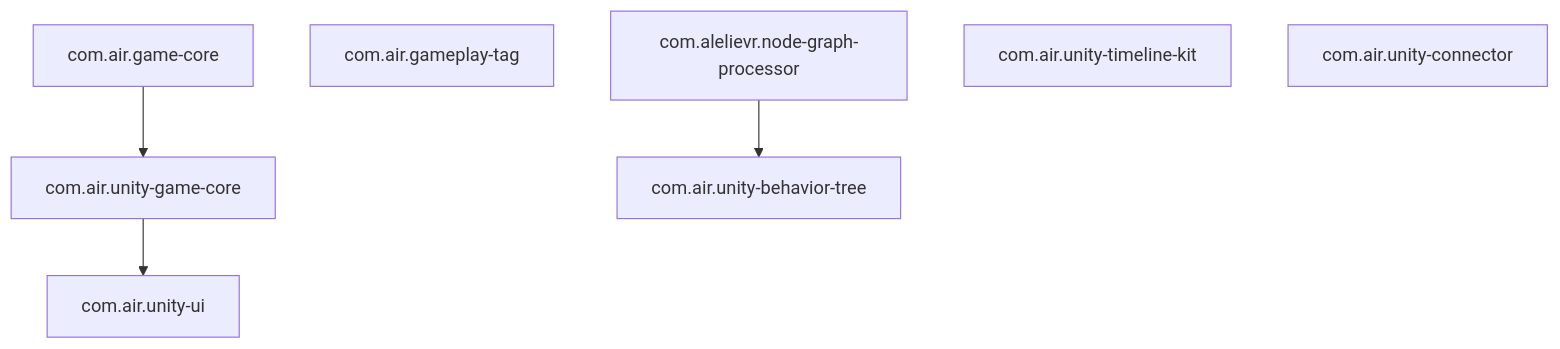
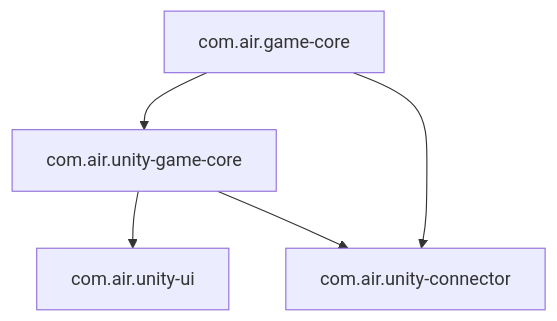
The diagram in docs/ARCHITECTURE.md (Airuxul/AirUnityPackage), drawn with Mermaid before and after one commit. The commit also changed other lines of this file and 11 other files, not shown here.

````diff
--- a/docs/ARCHITECTURE.md
+++ b/docs/ARCHITECTURE.md
@@ -7,15 +7,12 @@
 ```mermaid
 flowchart TB
   GC[com.air.game-core]
   UGC[com.air.unity-game-core]
   UI[com.air.unity-ui]
-  GT[com.air.gameplay-tag]
-  NGP[com.alelievr.node-graph-processor]
-  BT[com.air.unity-behavior-tree]
-  TK[com.air.unity-timeline-kit]
   UC[com.air.unity-connector]
 
   GC --> UGC
+  GC --> UC
   UGC --> UI
-  NGP --> BT
+  UGC --> UC
 ```
````
